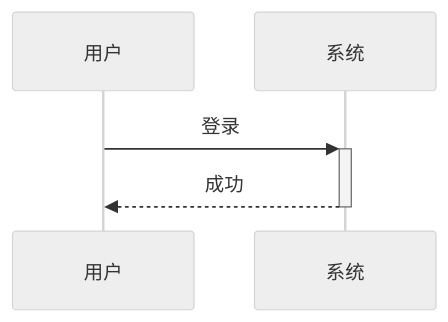
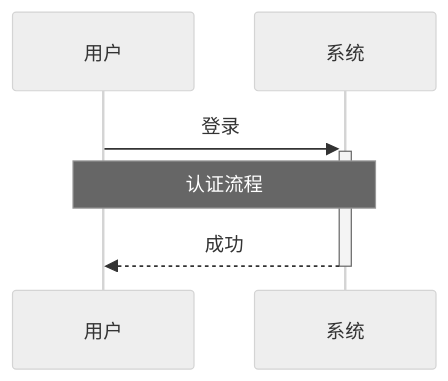
Before and after one commit to SugarFatFree/marktext-plus: diagram 25 of 26 in code/test/fixtures/showcase.md, drawn with Mermaid (neutral theme). The commit also changed 7 other files, not shown here.

First line of the commit message:
fix: draw sequence diagram notes

````diff
--- a/code/test/fixtures/showcase.md
+++ b/code/test/fixtures/showcase.md
@@ -367,5 +367,6 @@
 ```mermaid
 sequenceDiagram
   用户->>+系统: 登录
+  Note over 用户,系统: 认证流程
   系统-->>-用户: 成功
 ```
````
